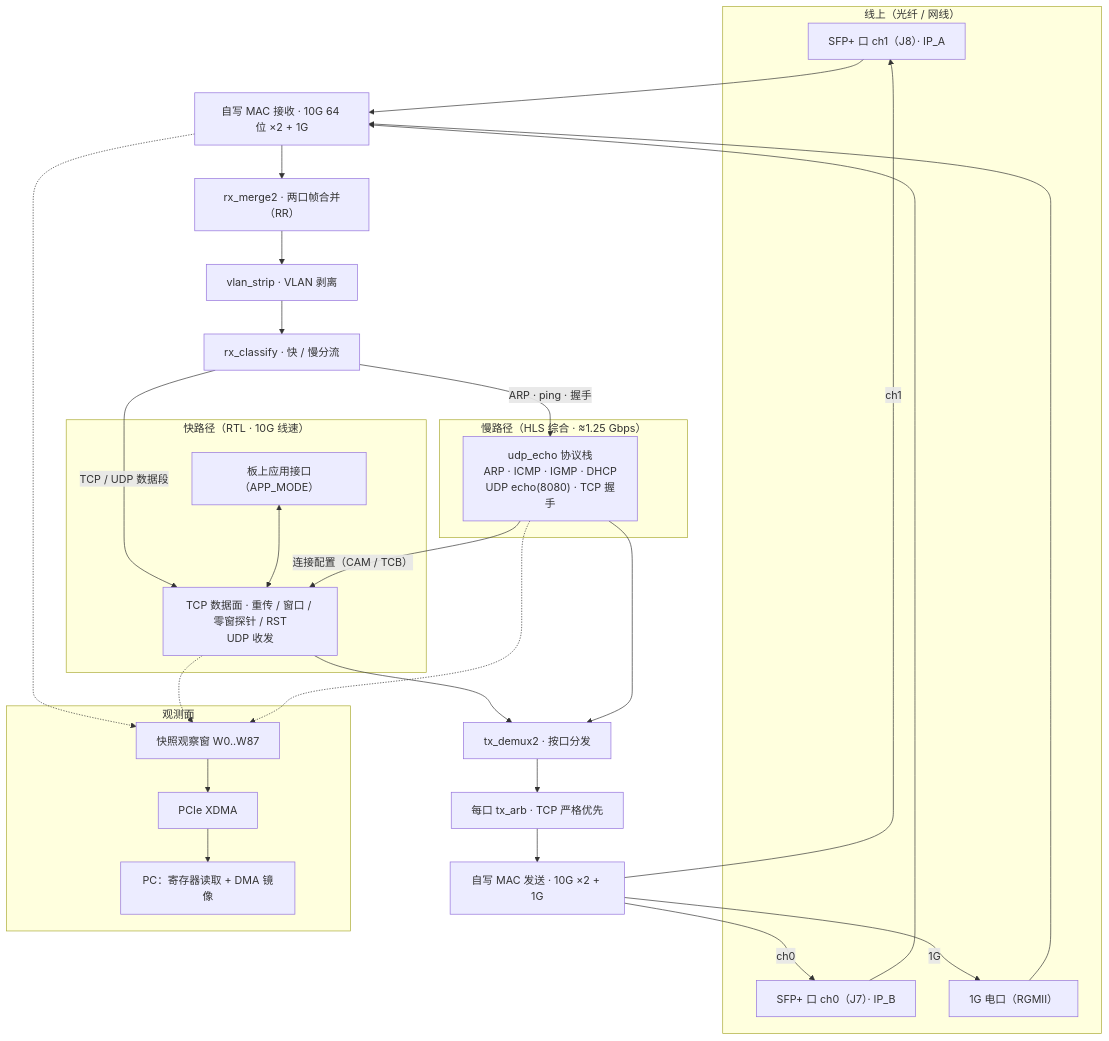
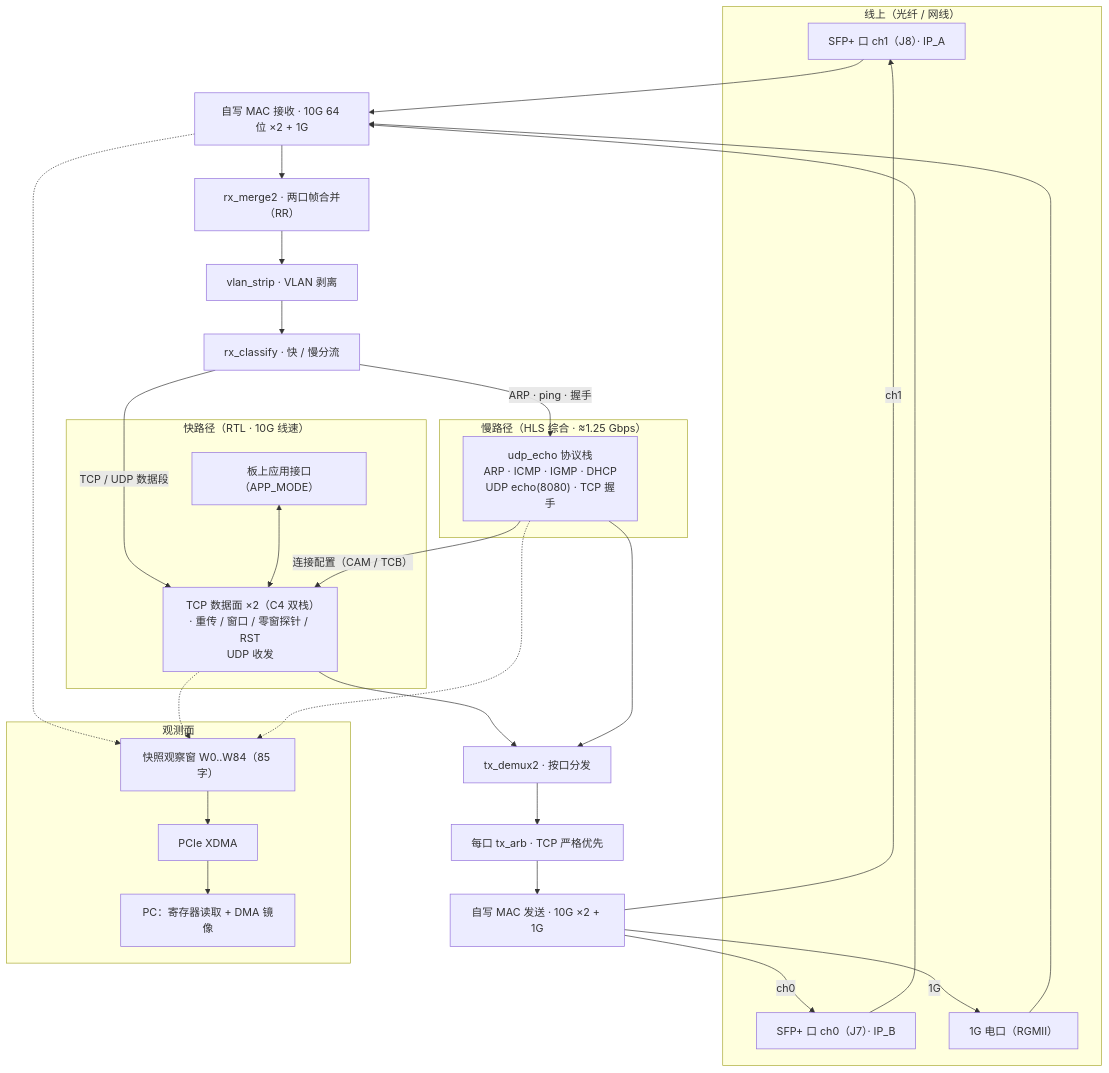
One commit to ZhengXueyuan/10g_fpga_tcp_ip_stack changed the diagram in README.md. Above: the diagram before and after it, drawn with Mermaid. The commit also changed other lines of this file and 6 other files, not shown here.

````diff
--- a/README.md
+++ b/README.md
@@ -34,50 +34,50 @@
 ```mermaid
 %%{init: {'flowchart': {'curve': 'basis'}}}%%
 flowchart TB
     subgraph LINE["线上（光纤 / 网线）"]
         P1["SFP+ 口 ch1（J8）· IP_A"]
         P0["SFP+ 口 ch0（J7）· IP_B"]
         G1["1G 电口（RGMII）"]
     end
 
     MRX["自写 MAC 接收 · 10G 64 位 ×2 + 1G"]
     MG["rx_merge2 · 两口帧合并（RR）"]
     VS["vlan_strip · VLAN 剥离"]
     CF["rx_classify · 快 / 慢分流"]
 
     subgraph FAST["快路径（RTL · 10G 线速）"]
-        FP["TCP 数据面 · 重传 / 窗口 / 零窗探针 / RST<br>UDP 收发"]
+        FP["TCP 数据面 ×2（C4 双栈）· 重传 / 窗口 / 零窗探针 / RST<br>UDP 收发"]
         APP["板上应用接口（APP_MODE）"]
     end
 
     subgraph SLOWP["慢路径（HLS 综合 · ≈1.25 Gbps）"]
         HLS["udp_echo 协议栈<br>ARP · ICMP · IGMP · DHCP<br>UDP echo(8080) · TCP 握手"]
     end
 
     DX["tx_demux2 · 按口分发"]
     ARB["每口 tx_arb · TCP 严格优先"]
     MTX["自写 MAC 发送 · 10G ×2 + 1G"]
 
     subgraph OBSP["观测面"]
-        SNAP["快照观察窗 W0..W87"]
+        SNAP["快照观察窗 W0..W84（85 字）"]
         PCIE["PCIe XDMA"]
         PC["PC：寄存器读取 + DMA 镜像"]
     end
 
     P1 & P0 & G1 --> MRX
     MRX --> MG --> VS --> CF
     CF -->|"TCP / UDP 数据段"| FP
     CF -->|"ARP · ping · 握手"| HLS
     APP <--> FP
     HLS -->|"连接配置（CAM / TCB）"| FP
     FP --> DX
     HLS --> DX
     DX --> ARB --> MTX
     MTX -->|"ch1"| P1
     MTX -->|"ch0"| P0
     MTX -->|"1G"| G1
     MRX -.-> SNAP
     FP -.-> SNAP
     HLS -.-> SNAP
     SNAP --> PCIE --> PC
 ```
````
